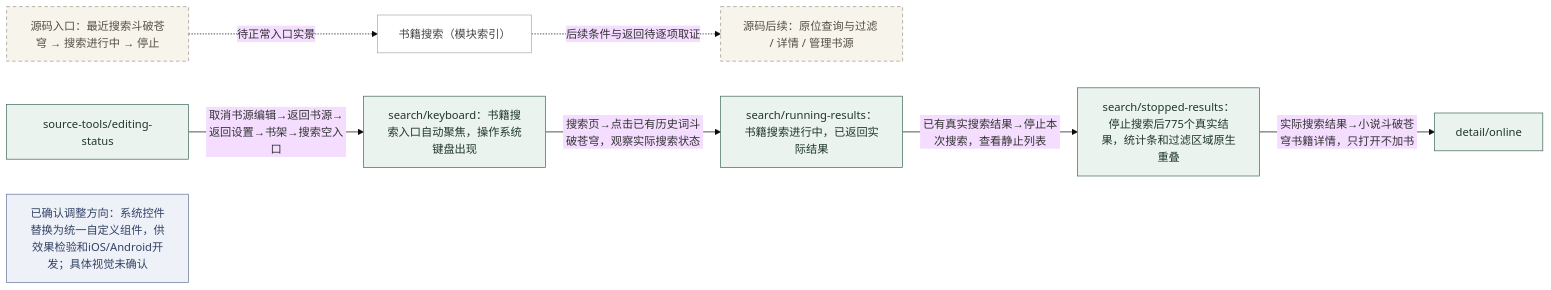
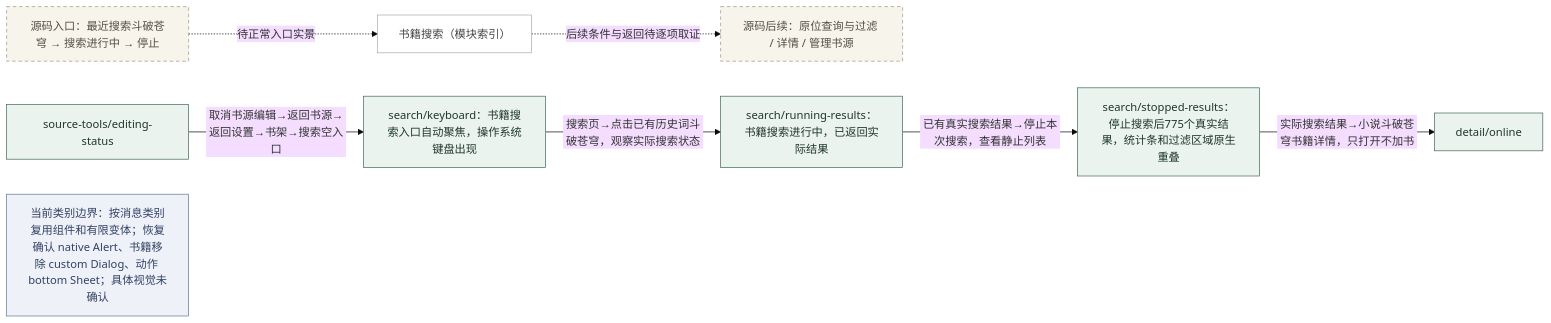
One commit to minliny/Reader-for-HarmonyOS changed the ninth of 38 diagrams in docs/ui-design/app-baseline/LOGIC.md. Above: the diagram before and after it, drawn with Mermaid (base theme). The commit also changed other lines of this file and 16 other files, not shown here.

````diff
--- a/docs/ui-design/app-baseline/LOGIC.md
+++ b/docs/ui-design/app-baseline/LOGIC.md
@@ -226,22 +226,22 @@
 ```mermaid
 flowchart LR
   N1["书籍搜索（模块索引）"]:::module
   N2["源码入口：最近搜索斗破苍穹 → 搜索进行中 → 停止"]:::pending
   N3["源码后续：原位查询与过滤 / 详情 / 管理书源"]:::pending
   N2 -.->|待正常入口实景| N1
   N1 -.->|后续条件与返回待逐项取证| N3
   N4["search/keyboard：书籍搜索入口自动聚焦，操作系统键盘出现"]:::observed
   N5["search/running-results：书籍搜索进行中，已返回实际结果"]:::observed
   N6["search/stopped-results：停止搜索后775个真实结果，统计条和过滤区域原生重叠"]:::observed
   N7["source-tools/editing-status"]:::observed
   N7 -->|取消书源编辑→返回书源→返回设置→书架→搜索空入口| N4
   N4 -->|搜索页→点击已有历史词斗破苍穹，观察实际搜索状态| N5
   N5 -->|已有真实搜索结果→停止本次搜索，查看静止列表| N6
   N8["detail/online"]:::observed
   N6 -->|实际搜索结果→小说斗破苍穹书籍详情，只打开不加书| N8
-  N9["已确认调整方向：系统控件替换为统一自定义组件，供效果检验和iOS/Android开发；具体视觉未确认"]:::confirmed
+  N9["当前类别边界：按消息类别复用组件和有限变体；恢复确认 native Alert、书籍移除 custom Dialog、动作 bottom Sheet；具体视觉未确认"]:::confirmed
   classDef observed fill:#eaf3ee,stroke:#42695a,color:#20362d
   classDef pending fill:#f7f4ec,stroke:#9d9587,color:#554f43,stroke-dasharray:5 4
   classDef confirmed fill:#eef1f8,stroke:#65759a,color:#334264
   classDef module fill:#fff,stroke:#aaa,color:#444
 ```
````
